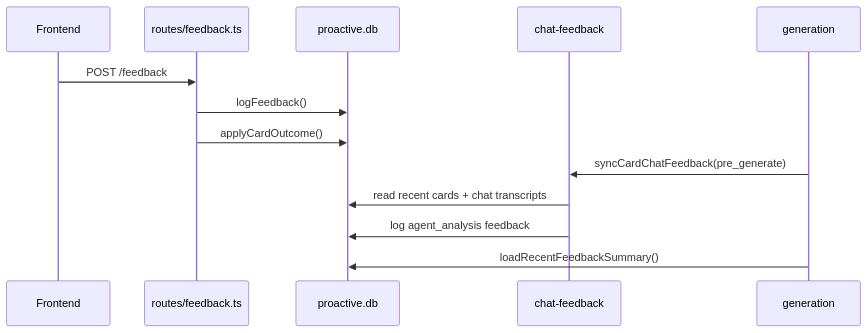
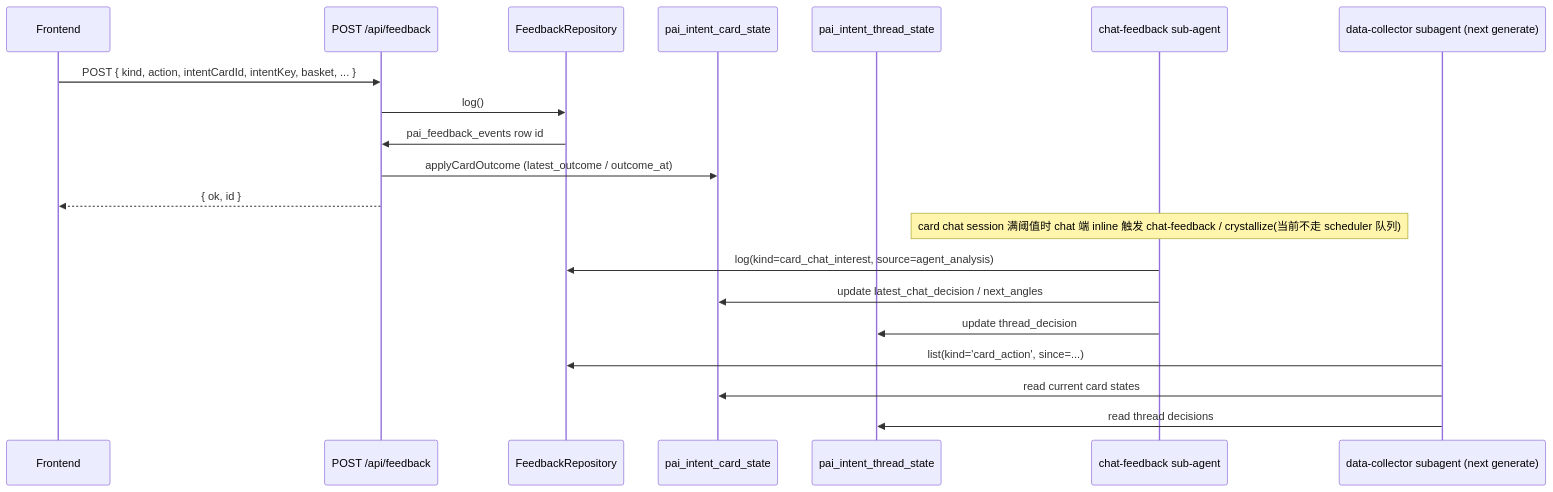
Before and after one commit to Edge-AI-HQ/proactive-assistant: the second of 2 diagrams in docs/modules/feedback.mdx, drawn with Mermaid. The commit also changed other lines of this file and 372 other files, not shown here.

````diff
--- a/docs/modules/feedback.mdx
+++ b/docs/modules/feedback.mdx
@@ -64,16 +103,25 @@
 ```mermaid
 sequenceDiagram
   participant UI as Frontend
-  participant R as routes/feedback.ts
-  participant DB as proactive.db
-  participant CF as chat-feedback
-  participant Gen as generation
+  participant R as POST /api/feedback
+  participant Repo as FeedbackRepository
+  participant CS as pai_intent_card_state
+  participant TS as pai_intent_thread_state
+  participant CFA as chat-feedback sub-agent
+  participant Gen as data-collector subagent (next generate)
 
-  UI->>R: POST /feedback
-  R->>DB: logFeedback()
-  R->>DB: applyCardOutcome()
-  Gen->>CF: syncCardChatFeedback(pre_generate)
-  CF->>DB: read recent cards + chat transcripts
-  CF->>DB: log agent_analysis feedback
-  Gen->>DB: loadRecentFeedbackSummary()
+  UI->>R: POST { kind, action, intentCardId, intentKey, basket, ... }
+  R->>Repo: log()
+  Repo->>R: pai_feedback_events row id
+  R->>CS: applyCardOutcome (latest_outcome / outcome_at)
+  R-->>UI: { ok, id }
+
+  Note over CFA: card chat session 满阈值时 chat 端 inline 触发 chat-feedback / crystallize(当前不走 scheduler 队列)
+  CFA->>Repo: log(kind=card_chat_interest, source=agent_analysis)
+  CFA->>CS: update latest_chat_decision / next_angles
+  CFA->>TS: update thread_decision
+
+  Gen->>Repo: list(kind='card_action', since=...)
+  Gen->>CS: read current card states
+  Gen->>TS: read thread decisions
 ```
````
